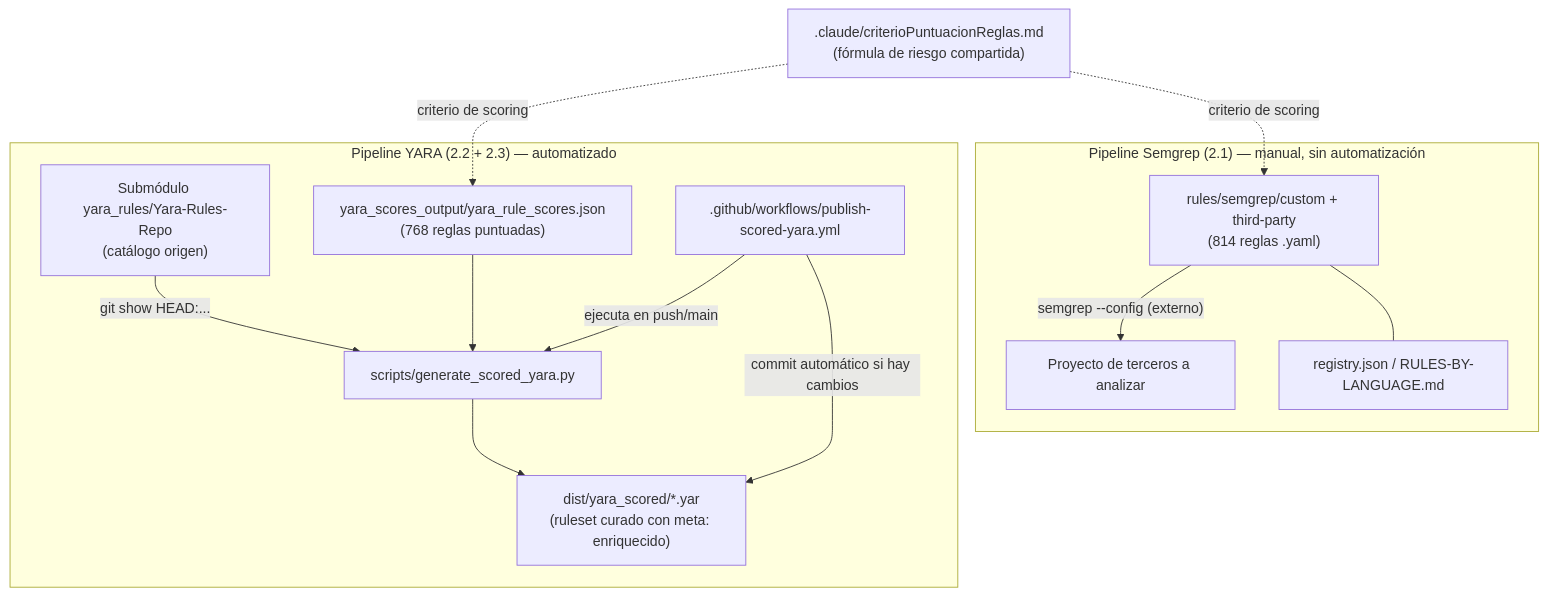
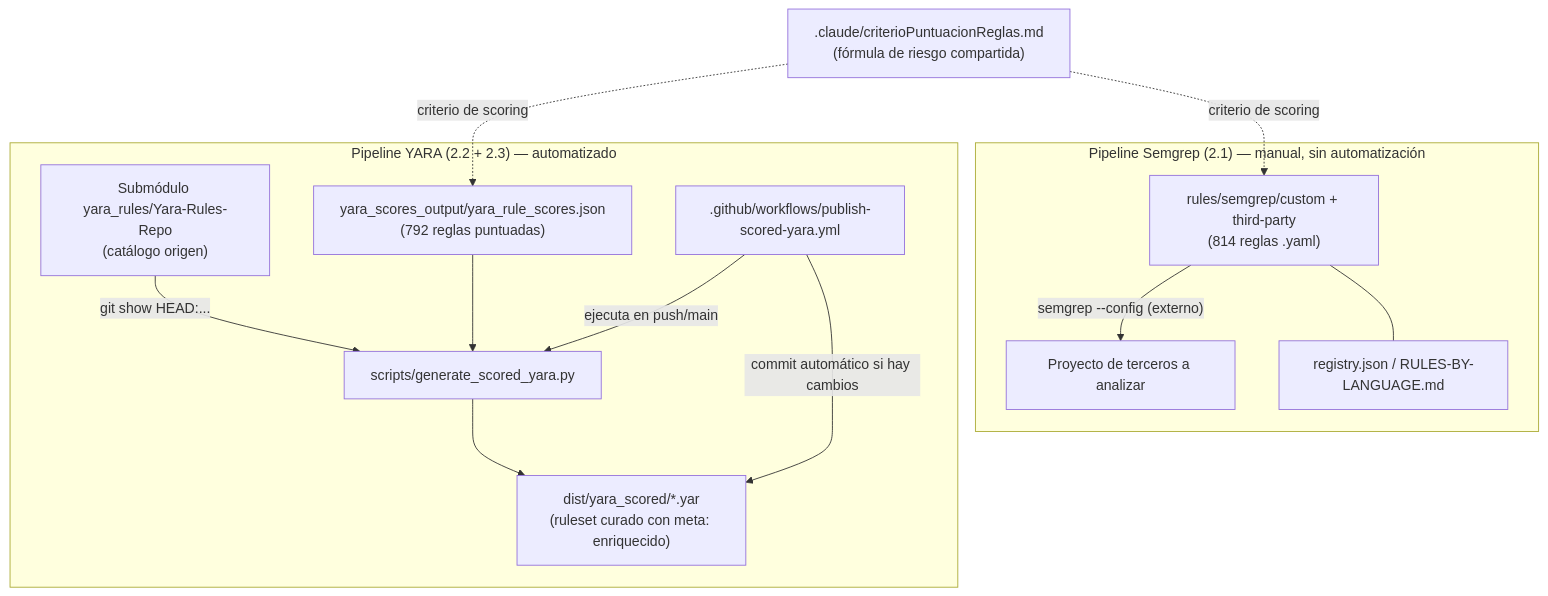
Before and after one commit to pablojimz/Repo-reglas-SEMGREP-y-YARA: the diagram in docs/progreso/progreso_Pablo_Jimenez_Castro.md, drawn with Mermaid. The commit also changed other lines of this file and 28 other files, not shown here.

````diff
--- a/docs/progreso/progreso_Pablo_Jimenez_Castro.md
+++ b/docs/progreso/progreso_Pablo_Jimenez_Castro.md
@@ -304,18 +306,18 @@
 ```mermaid
 graph TD
     subgraph "Pipeline Semgrep (2.1) — manual, sin automatización"
         A["rules/semgrep/custom + third-party<br/>(814 reglas .yaml)"] -->|"semgrep --config (externo)"| B["Proyecto de terceros a analizar"]
         A --- C["registry.json / RULES-BY-LANGUAGE.md"]
     end
 
     subgraph "Pipeline YARA (2.2 + 2.3) — automatizado"
         D["Submódulo yara_rules/Yara-Rules-Repo<br/>(catálogo origen)"] -->|"git show HEAD:..."| E["scripts/generate_scored_yara.py"]
-        F["yara_scores_output/yara_rule_scores.json<br/>(768 reglas puntuadas)"] --> E
+        F["yara_scores_output/yara_rule_scores.json<br/>(792 reglas puntuadas)"] --> E
         E --> G["dist/yara_scored/*.yar<br/>(ruleset curado con meta: enriquecido)"]
         H[".github/workflows/publish-scored-yara.yml"] -->|"ejecuta en push/main"| E
         H -->|"commit automático si hay cambios"| G
     end
 
     I[".claude/criterioPuntuacionReglas.md<br/>(fórmula de riesgo compartida)"] -.->|"criterio de scoring"| A
     I -.->|"criterio de scoring"| F
 ```
````
